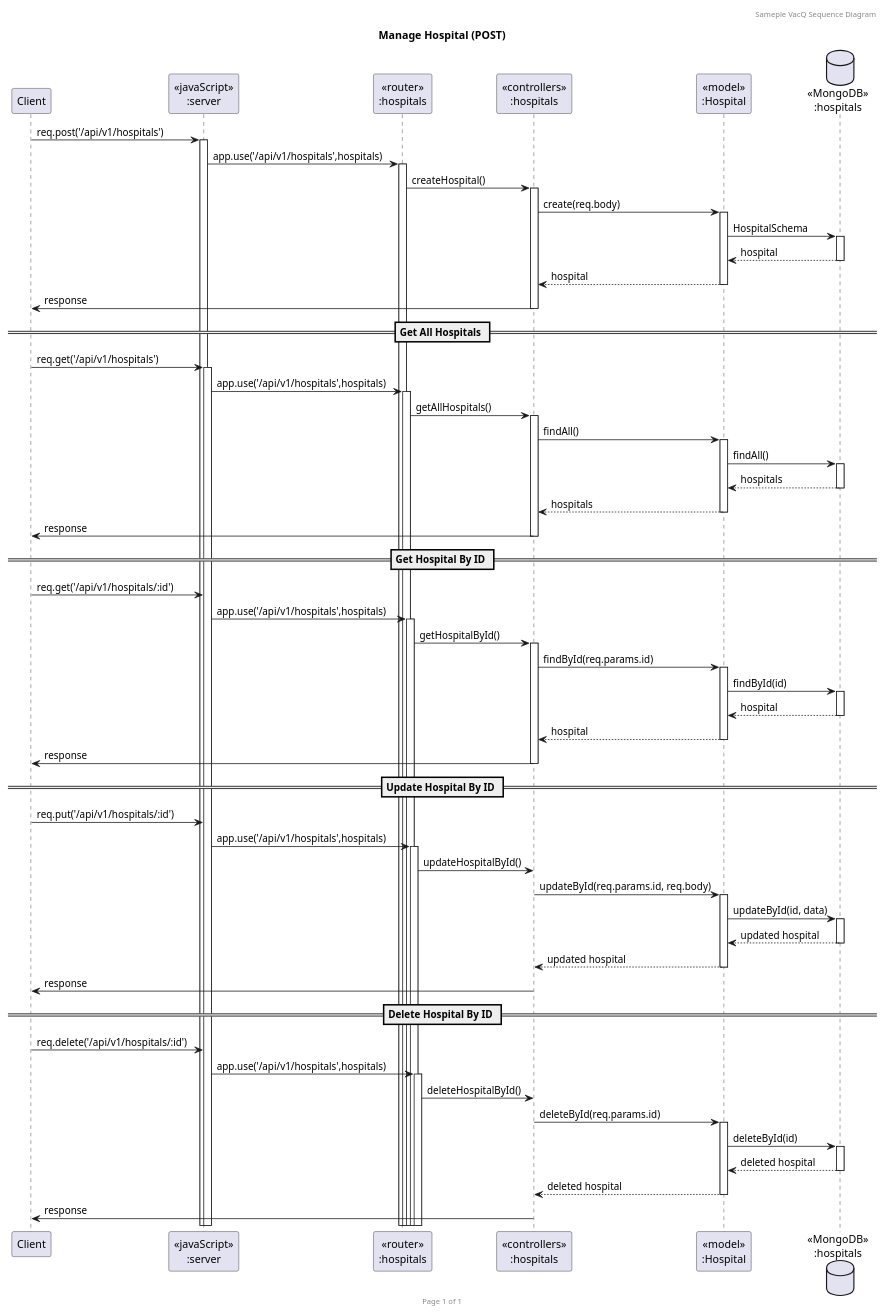
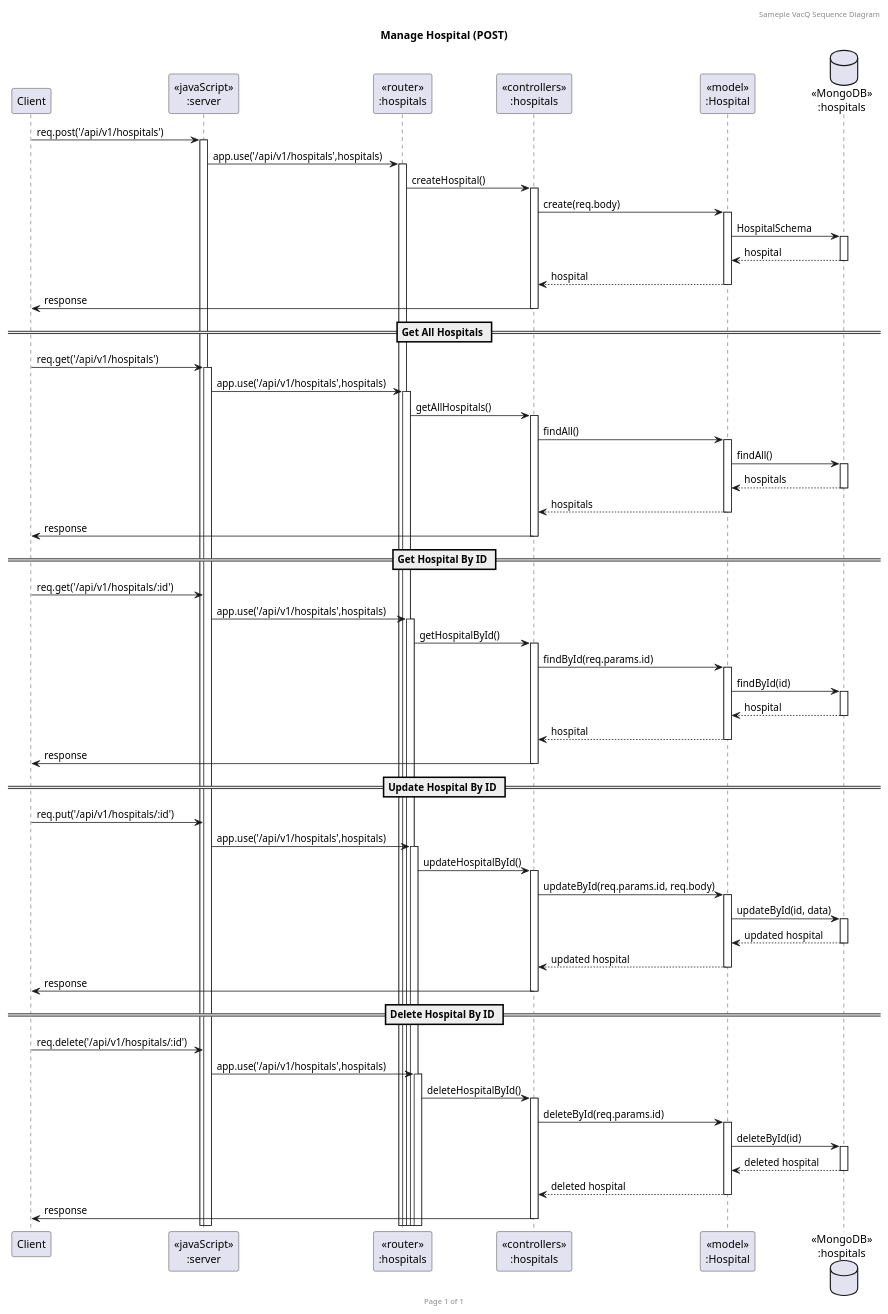
The diagram in Chapter5/VacQSequence.puml (PhoengZ/Software_develop_practicing_class), drawn with PlantUML before and after one commit. The commit also changed 3 other files, not shown here.

```diff
--- a/Chapter5/VacQSequence.puml
+++ b/Chapter5/VacQSequence.puml
@@ -1,65 +1,65 @@
 @startuml Manage Hospital (POST)
 
 header Sameple VacQ Sequence Diagram
 footer Page %page% of %lastpage%
 title "Manage Hospital (POST)"
 
 participant "Client" as client
 participant "<<javaScript>>\n:server" as server
 participant "<<router>>\n:hospitals" as routerHospitals
 participant "<<controllers>>\n:hospitals" as controllersHospitals
 participant "<<model>>\n:Hospital" as modelHospital
 database "<<MongoDB>>\n:hospitals" as HospitalsDatabase
 
 client->server ++:req.post('/api/v1/hospitals')
 server->routerHospitals ++:app.use('/api/v1/hospitals',hospitals)
 routerHospitals -> controllersHospitals ++:createHospital()
 controllersHospitals->modelHospital ++:create(req.body)
 modelHospital ->HospitalsDatabase ++: HospitalSchema
 HospitalsDatabase --> modelHospital --: hospital
 controllersHospitals <-- modelHospital --:hospital
 controllersHospitals->client --:response
 
 
 == Get All Hospitals == 
 
 client->server ++:req.get('/api/v1/hospitals')
 server->routerHospitals ++:app.use('/api/v1/hospitals',hospitals)
 routerHospitals -> controllersHospitals ++:getAllHospitals()
 controllersHospitals -> modelHospital ++:findAll()
 modelHospital -> HospitalsDatabase ++: findAll()
 HospitalsDatabase --> modelHospital --:hospitals
 modelHospital --> controllersHospitals --:hospitals
 controllersHospitals ->client --:response
 == Get Hospital By ID ==
 
 client->server :req.get('/api/v1/hospitals/:id')
 server->routerHospitals ++:app.use('/api/v1/hospitals',hospitals)
 routerHospitals -> controllersHospitals ++:getHospitalById()
 controllersHospitals -> modelHospital ++:findById(req.params.id)
 modelHospital -> HospitalsDatabase ++: findById(id)
 HospitalsDatabase --> modelHospital --:hospital
 modelHospital --> controllersHospitals --:hospital
 controllersHospitals ->client --:response
 
 == Update Hospital By ID ==
 
 client->server :req.put('/api/v1/hospitals/:id')
 server->routerHospitals ++:app.use('/api/v1/hospitals',hospitals)
-routerHospitals -> controllersHospitals :updateHospitalById()
+routerHospitals -> controllersHospitals ++:updateHospitalById()
 controllersHospitals -> modelHospital ++:updateById(req.params.id, req.body)
 modelHospital -> HospitalsDatabase ++: updateById(id, data)
 HospitalsDatabase --> modelHospital --:updated hospital
 modelHospital --> controllersHospitals --:updated hospital
 controllersHospitals ->client --:response
 == Delete Hospital By ID == 
 
 client->server :req.delete('/api/v1/hospitals/:id')
 server->routerHospitals ++:app.use('/api/v1/hospitals',hospitals)
-routerHospitals -> controllersHospitals :deleteHospitalById()
+routerHospitals -> controllersHospitals ++:deleteHospitalById()
 controllersHospitals -> modelHospital ++:deleteById(req.params.id)
 modelHospital -> HospitalsDatabase ++: deleteById(id)
 HospitalsDatabase --> modelHospital --:deleted hospital
 modelHospital --> controllersHospitals --:deleted hospital
 controllersHospitals ->client --:response
 @enduml
```
